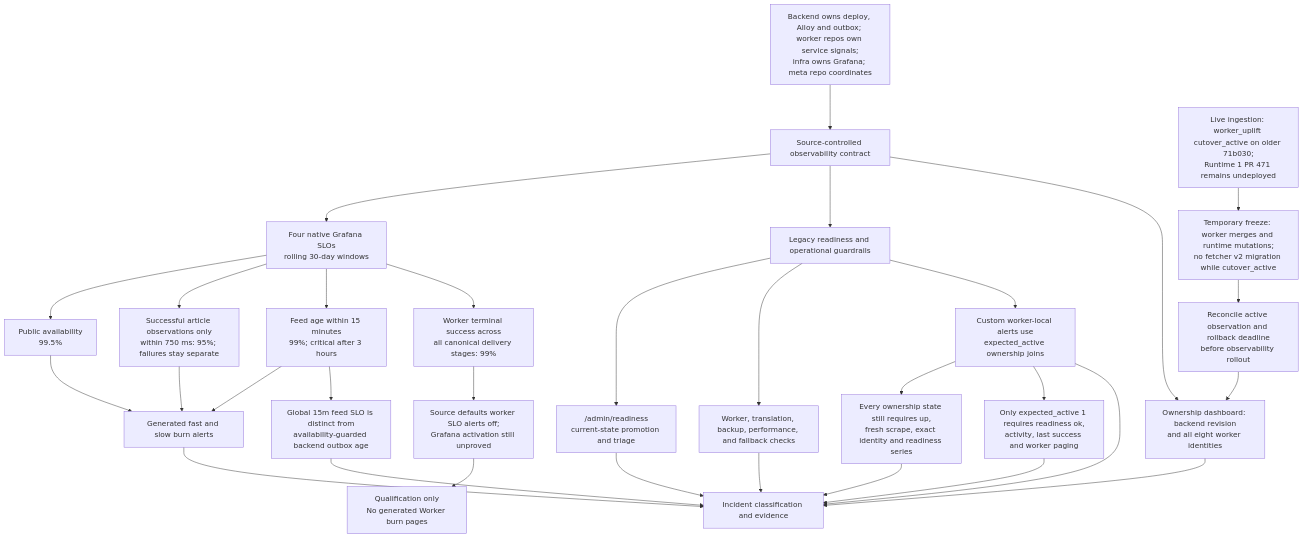
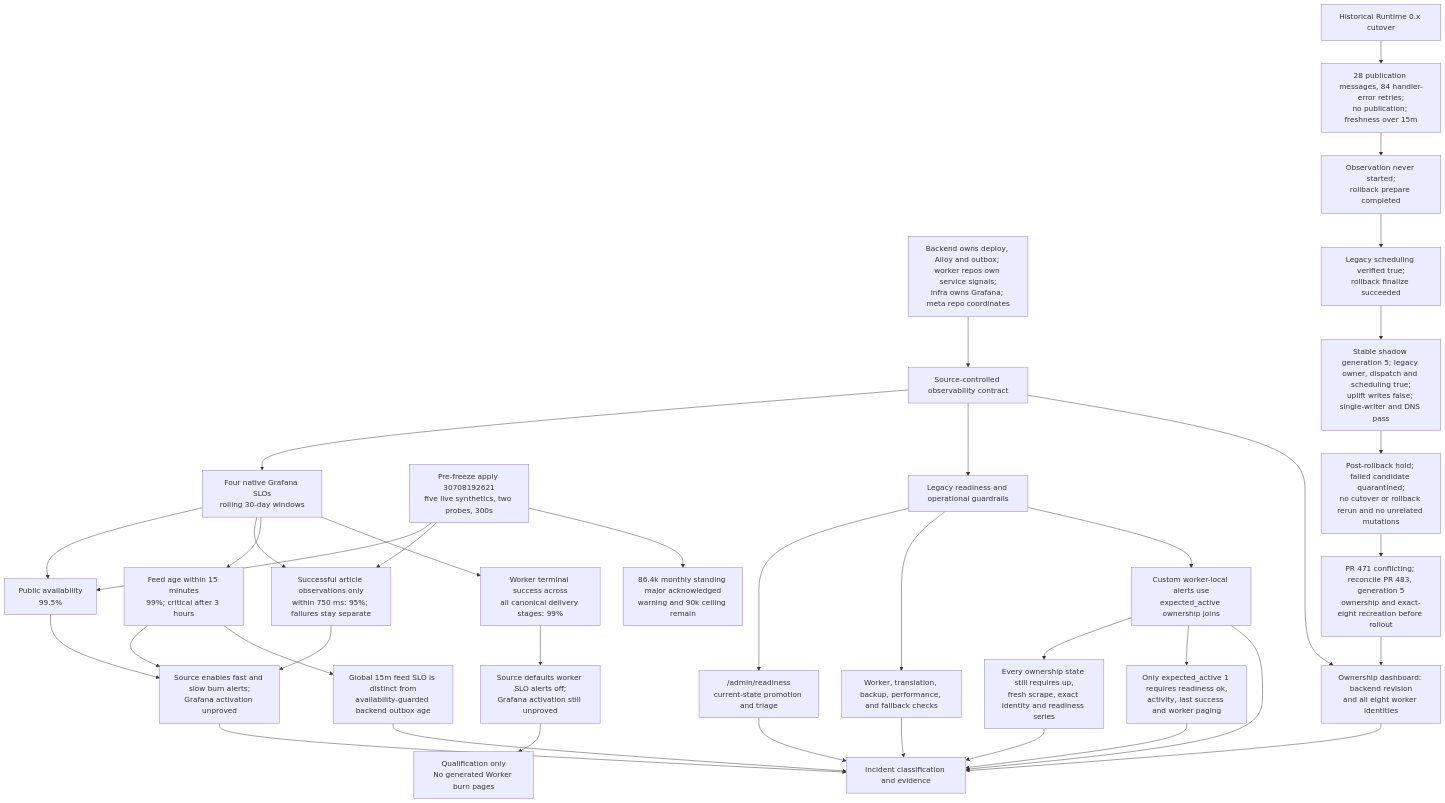
Before and after one commit to ramideltoro/nutsnews-docs: the diagram in diagrams/SERVICE_LEVEL_OBJECTIVES.mmd, drawn with Mermaid. The commit also changed 34 other files, not shown here.

Commit message:
docs(observability): reconcile production rollout state

```diff
--- a/diagrams/SERVICE_LEVEL_OBJECTIVES.mmd
+++ b/diagrams/SERVICE_LEVEL_OBJECTIVES.mmd
@@ -1,37 +1,44 @@
 flowchart TD
   accTitle: NutsNews native SLO and readiness boundaries
   accDescr {
     Four staged native Grafana SLOs use rolling 30-day windows and generated burn
     alerts. Current-state readiness and older Worker, feed, translation, backup,
     and performance thresholds remain separate operational guardrails.
   }
   A["Source-controlled observability contract"] --> B["Four native Grafana SLOs\nrolling 30-day windows"]
+  Baseline["Pre-freeze apply 30708192621\nfive live synthetics, two probes, 300s"] --> C
+  Baseline --> D
+  Baseline --> Budget["86.4k monthly standing major acknowledged\nwarning and 90k ceiling remain"]
   Owners["Backend owns deploy, Alloy and outbox; worker repos own service signals;\ninfra owns Grafana; meta repo coordinates"] --> A
   B --> C["Public availability\n99.5%"]
   B --> D["Successful article observations only\nwithin 750 ms: 95%; failures stay separate"]
   B --> E["Feed age within 15 minutes\n99%; critical after 3 hours"]
   B --> F["Worker terminal success across\nall canonical delivery stages: 99%"]
-  C --> G["Generated fast and slow burn alerts"]
+  C --> G["Source enables fast and slow burn alerts;\nGrafana activation unproved"]
   D --> G
   E --> G
   F --> H["Source defaults worker SLO alerts off;\nGrafana activation still unproved"]
   H --> I["Qualification only\nNo generated Worker burn pages"]
   A --> J["Legacy readiness and operational guardrails"]
   J --> K["/admin/readiness\ncurrent-state promotion and triage"]
   J --> L["Worker, translation, backup, performance, and fallback checks"]
   J --> N["Custom worker-local alerts use\nexpected_active ownership joins"]
   N --> O["Every ownership state still requires up,\nfresh scrape, exact identity and readiness series"]
   N --> P["Only expected_active 1 requires readiness ok,\nactivity, last success and worker paging"]
   E --> Q["Global 15m feed SLO is distinct from\navailability-guarded backend outbox age"]
   G --> M["Incident classification and evidence"]
   K --> M
   L --> M
   N --> M
   O --> M
   P --> M
   Q --> M
   A --> R["Ownership dashboard: backend revision\nand all eight worker identities"]
-  Live["Live ingestion: worker_uplift cutover_active on older 71b030;\nRuntime 1 PR 471 remains undeployed"] --> Freeze["Temporary freeze: worker merges and runtime mutations;\nno fetcher v2 migration while cutover_active"]
-  Freeze --> Reconcile["Reconcile active observation and rollback deadline\nbefore observability rollout"]
+  Incident["Historical Runtime 0.x cutover"] --> Failure["28 publication messages, 84 handler-error retries;\nno publication; freshness over 15m"]
+  Failure --> Prepare["Observation never started;\nrollback prepare completed"]
+  Prepare --> Finalize["Legacy scheduling verified true;\nrollback finalize succeeded"]
+  Finalize --> Stable["Stable shadow generation 5; legacy owner, dispatch and scheduling true;\nuplift writes false; single-writer and DNS pass"]
+  Stable --> Freeze["Post-rollback hold; failed candidate quarantined;\nno cutover or rollback rerun and no unrelated mutations"]
+  Freeze --> Reconcile["PR 471 conflicting; reconcile PR 483, generation 5\nownership and exact-eight recreation before rollout"]
   Reconcile --> R
   R --> M
```
